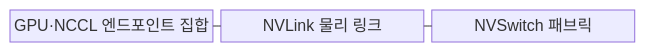
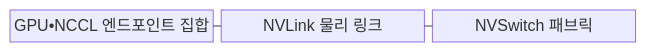
The first of 2 diagrams in src/content/docs/notes/02-hardware/047_nvlink.md (agnusdei1207/knowledge-base), drawn with Mermaid before and after one commit. The commit also changed other lines of this file and 953 other files, not shown here.

````diff
--- a/src/content/docs/notes/02-hardware/047_nvlink.md
+++ b/src/content/docs/notes/02-hardware/047_nvlink.md
@@ -70,9 +70,9 @@
 ```mermaid
 block
     columns 3
-    G["GPU·NCCL 엔드포인트 집합"]
+    G["GPU•NCCL 엔드포인트 집합"]
     L["NVLink 물리 링크"]
     S["NVSwitch 패브릭"]
     G --- L
     L --- S
 ```
````
